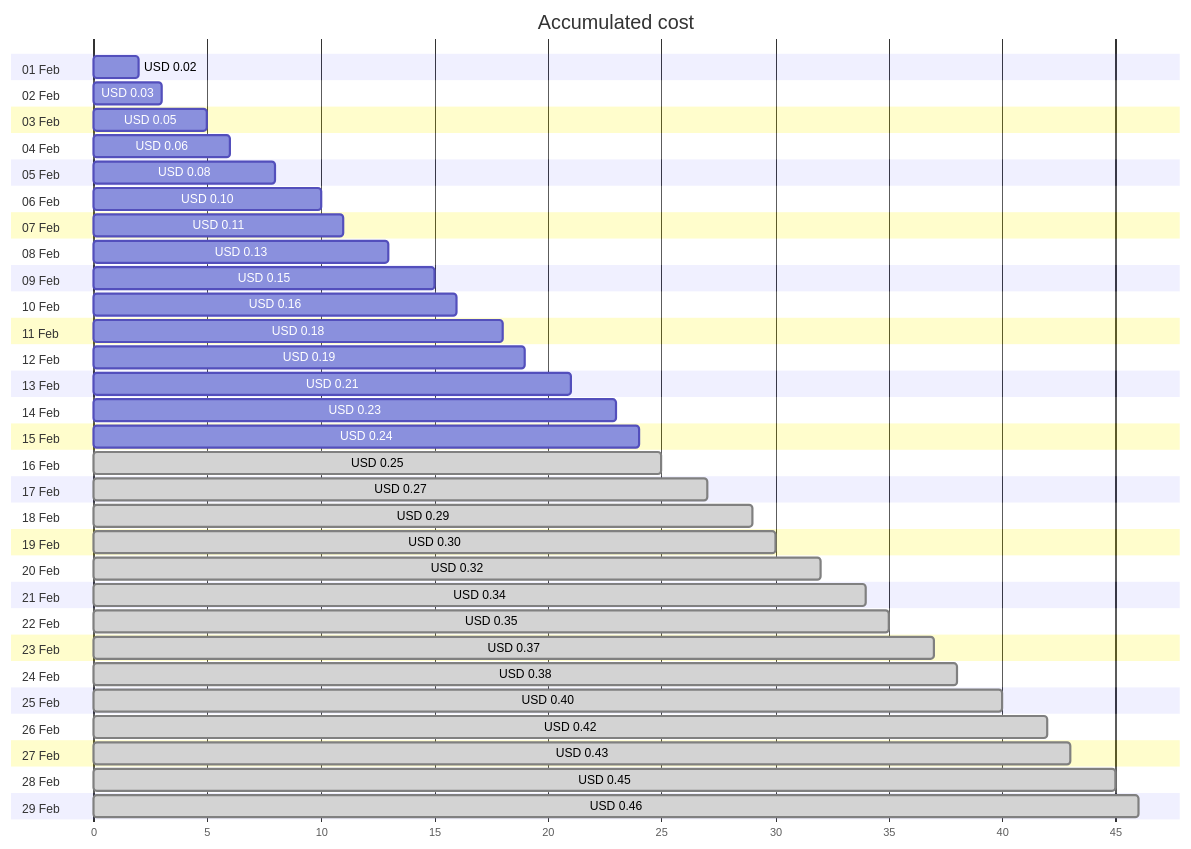
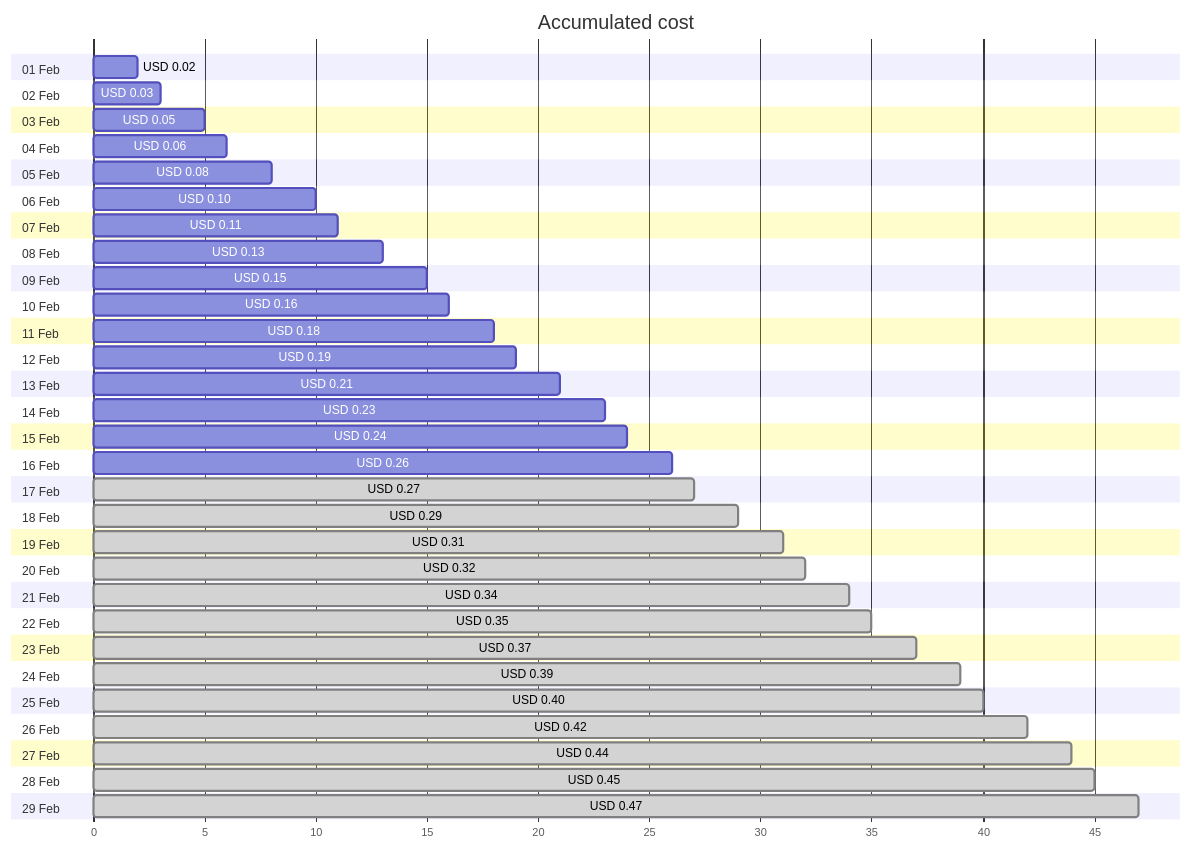
The first of 4 diagrams in cost-reports/personal-network/private.jpatrickfulton.com.md (jpfulton/azure-personal-reports), drawn with Mermaid before and after one commit. The commit also changed other lines of this file and 8 other files, not shown here.

````diff
--- a/cost-reports/personal-network/private.jpatrickfulton.com.md
+++ b/cost-reports/personal-network/private.jpatrickfulton.com.md
@@ -20,64 +20,64 @@
 ```mermaid
 gantt
    title Accumulated cost
    dateFormat  X
    axisFormat %s
    section 01 Feb
    USD 0.02 :0, 2
    section 02 Feb
    USD 0.03 :0, 3
    section 03 Feb
    USD 0.05 :0, 5
    section 04 Feb
    USD 0.06 :0, 6
    section 05 Feb
    USD 0.08 :0, 8
    section 06 Feb
    USD 0.10 :0, 10
    section 07 Feb
    USD 0.11 :0, 11
    section 08 Feb
    USD 0.13 :0, 13
    section 09 Feb
    USD 0.15 :0, 15
    section 10 Feb
    USD 0.16 :0, 16
    section 11 Feb
    USD 0.18 :0, 18
    section 12 Feb
    USD 0.19 :0, 19
    section 13 Feb
    USD 0.21 :0, 21
    section 14 Feb
    USD 0.23 :0, 23
    section 15 Feb
    USD 0.24 :0, 24
    section 16 Feb
-   USD 0.25 : done, 0, 25
+   USD 0.26 :0, 26
    section 17 Feb
    USD 0.27 : done, 0, 27
    section 18 Feb
    USD 0.29 : done, 0, 29
    section 19 Feb
-   USD 0.30 : done, 0, 30
+   USD 0.31 : done, 0, 31
    section 20 Feb
    USD 0.32 : done, 0, 32
    section 21 Feb
    USD 0.34 : done, 0, 34
    section 22 Feb
    USD 0.35 : done, 0, 35
    section 23 Feb
    USD 0.37 : done, 0, 37
    section 24 Feb
-   USD 0.38 : done, 0, 38
+   USD 0.39 : done, 0, 39
    section 25 Feb
    USD 0.40 : done, 0, 40
    section 26 Feb
    USD 0.42 : done, 0, 42
    section 27 Feb
-   USD 0.43 : done, 0, 43
+   USD 0.44 : done, 0, 44
    section 28 Feb
    USD 0.45 : done, 0, 45
    section 29 Feb
-   USD 0.46 : done, 0, 46
+   USD 0.47 : done, 0, 47
 ```
````
